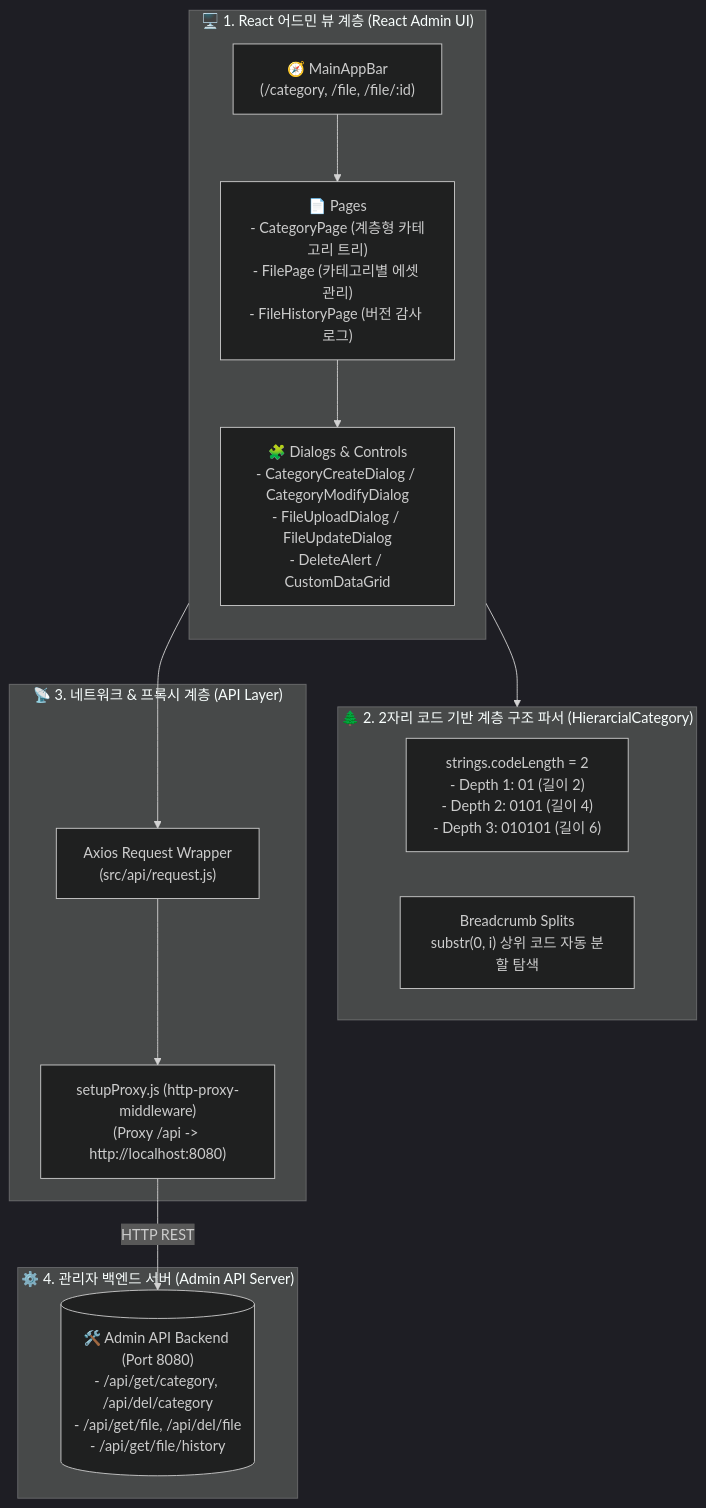
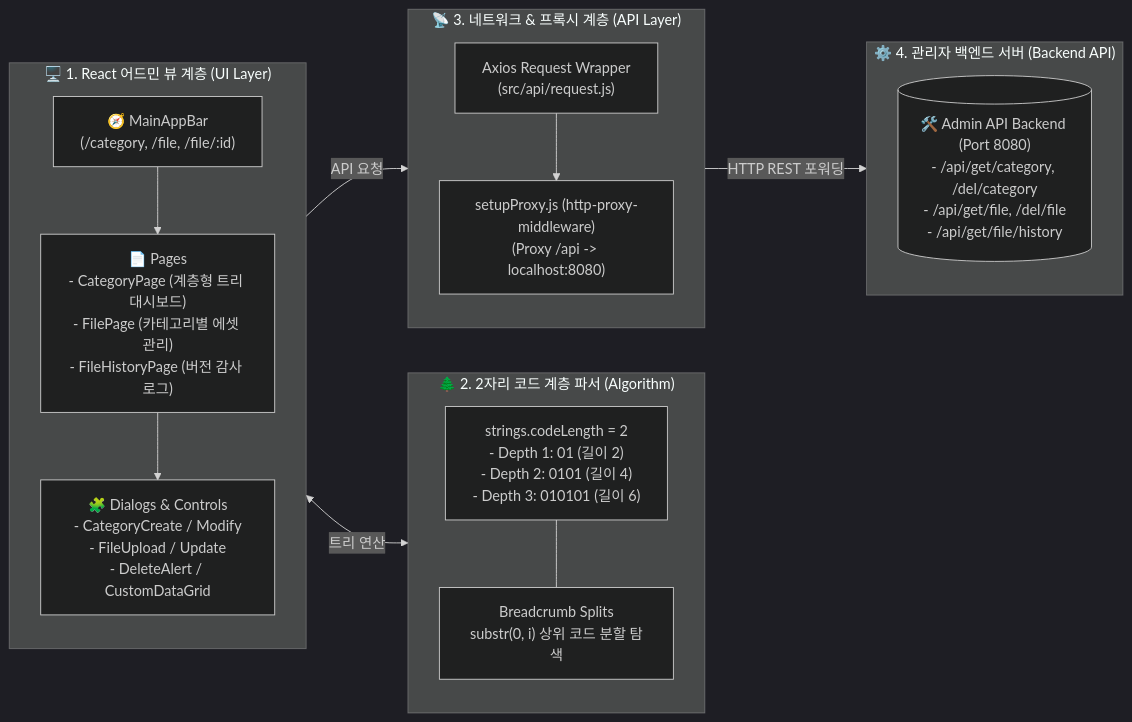
Before and after one commit to comfiapps/vtok-all: the diagram in vtok_admin_frontend/README.md, drawn with Mermaid (dark theme).

Commit message:
docs: convert vtok_admin_frontend architecture diagram to horizontal flowchart LR

````diff
--- a/vtok_admin_frontend/README.md
+++ b/vtok_admin_frontend/README.md
@@ -9,30 +9,34 @@
 ```mermaid
-flowchart TD
-    subgraph ViewTier ["🖥️ 1. React 어드민 뷰 계층 (React Admin UI)"]
+flowchart LR
+    subgraph ViewTier ["🖥️ 1. React 어드민 뷰 계층 (UI Layer)"]
         direction TB
         NAV["🧭 MainAppBar\n(/category, /file, /file/:id)"]
-        PAGES["📄 Pages\n- CategoryPage (계층형 카테고리 트리)\n- FilePage (카테고리별 에셋 관리)\n- FileHistoryPage (버전 감사 로그)"]
-        DIALOGS["🧩 Dialogs & Controls\n- CategoryCreateDialog / CategoryModifyDialog\n- FileUploadDialog / FileUpdateDialog\n- DeleteAlert / CustomDataGrid"]
+        PAGES["📄 Pages\n- CategoryPage (계층형 트리 대시보드)\n- FilePage (카테고리별 에셋 관리)\n- FileHistoryPage (버전 감사 로그)"]
+        DIALOGS["🧩 Dialogs & Controls\n- CategoryCreate / Modify\n- FileUpload / Update\n- DeleteAlert / CustomDataGrid"]
         NAV --> PAGES
         PAGES --> DIALOGS
     end
 
-    subgraph TreeParser ["🌲 2. 2자리 코드 기반 계층 구조 파서 (HierarcialCategory)"]
+    subgraph TreeParser ["🌲 2. 2자리 코드 계층 파서 (Algorithm)"]
+        direction TB
         CODE_SYS["strings.codeLength = 2\n- Depth 1: 01 (길이 2)\n- Depth 2: 0101 (길이 4)\n- Depth 3: 010101 (길이 6)"]
-        BREADCRUMB["Breadcrumb Splits\nsubstr(0, i) 상위 코드 자동 분할 탐색"]
+        BREADCRUMB["Breadcrumb Splits\nsubstr(0, i) 상위 코드 분할 탐색"]
+        CODE_SYS --- BREADCRUMB
     end
 
     subgraph ServiceTier ["📡 3. 네트워크 & 프록시 계층 (API Layer)"]
+        direction TB
         REQ["Axios Request Wrapper\n(src/api/request.js)"]
-        PROXY["setupProxy.js (http-proxy-middleware)\n(Proxy /api -> http://localhost:8080)"]
+        PROXY["setupProxy.js (http-proxy-middleware)\n(Proxy /api -> localhost:8080)"]
+        REQ --> PROXY
     end
 
-    subgraph ServerTier ["⚙️ 4. 관리자 백엔드 서버 (Admin API Server)"]
-        API[("🛠️ Admin API Backend (Port 8080)\n- /api/get/category, /api/del/category\n- /api/get/file, /api/del/file\n- /api/get/file/history")]
+    subgraph ServerTier ["⚙️ 4. 관리자 백엔드 서버 (Backend API)"]
+        direction TB
+        API[("🛠️ Admin API Backend (Port 8080)\n- /api/get/category, /del/category\n- /api/get/file, /del/file\n- /api/get/file/history")]
     end
 
-    PAGES --> TreeParser
-    DIALOGS --> REQ
-    REQ --> PROXY
-    PROXY -->|HTTP REST| API
+    PAGES <-->|트리 연산| TreeParser
+    DIALOGS -->|API 요청| REQ
+    PROXY -->|HTTP REST 포워딩| API
 ```
````
